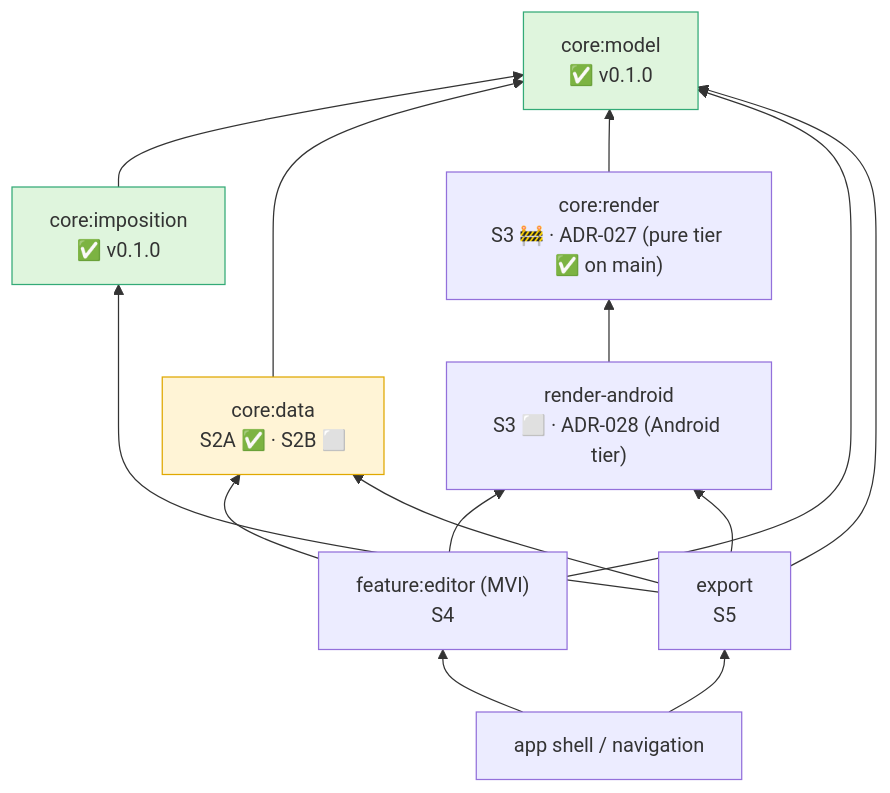
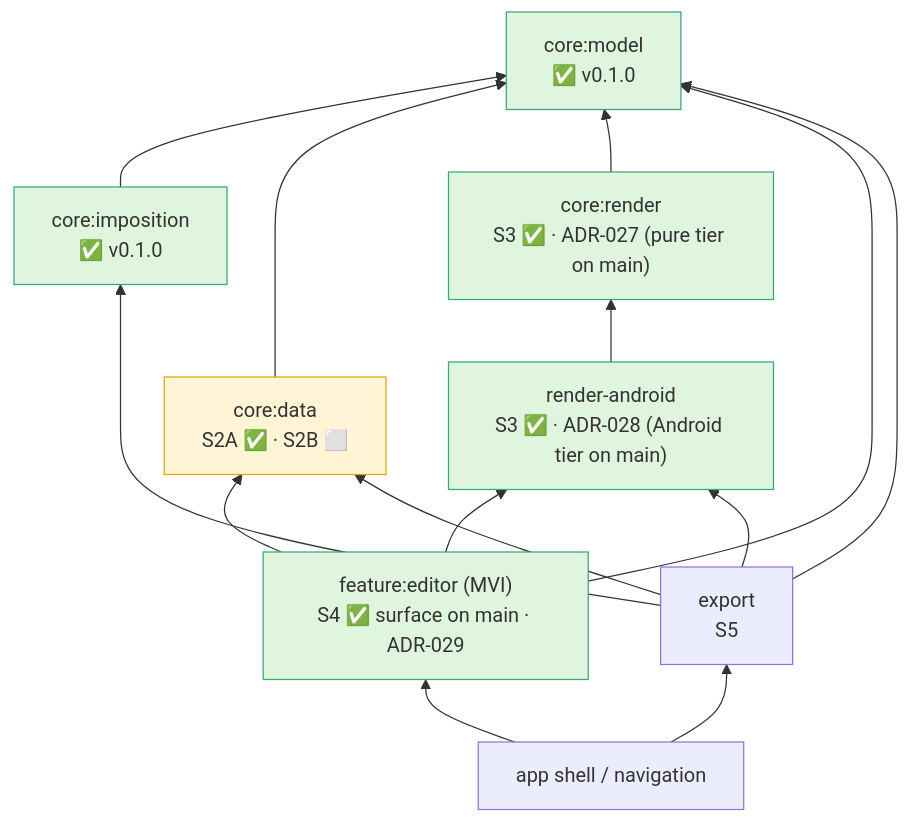
Before and after one commit to aritr-codes/zinely-android: the ninth of 10 diagrams in docs/ARCHITECTURE.md, drawn with Mermaid. The commit also changed other lines of this file and 2 other files, not shown here.

Commit message:
docs(s4): record :feature:editor interaction surface landed on main (ADR-029)
Reconcile the canonical docs with the S4 :feature:editor stack merged via PR
#21 (and the S3-android + S4-step-1 landings that were unlogged):

- DECISIONS.md ADR-029: new Status (2026-06-26) — full interaction surface
  merged (store/gestures/chrome/resize/snap/a11y/text-edit + host EditorScreen +
  selection-chrome Roborazzi goldens, CI-gated); SetViewport + the 3 host
  concurrency fixes noted; remaining S4 = app/DI wiring.
- ROADMAP.md change log: add the 2026-06-25 S3-android build+merge, S4 Step 1
  preview host + pure :core:editor (ADR-029 Accepted), and the 2026-06-26
  :feature:editor surface merge rows.
- ARCHITECTURE.md §15.1 dep graph + §15.2 build order: render / render-android /
  feature:editor flipped to ✅ on main; S4 row carries the remaining app-wiring.

Docs-only; no code change. Authority unchanged (spike s4-editor-mvi.md owns the
detailed design; DECISIONS owns the decision; this only updates status + links).

````diff
--- a/docs/ARCHITECTURE.md
+++ b/docs/ARCHITECTURE.md
@@ -349,30 +349,30 @@
 ```mermaid
 flowchart BT
     model["core:model<br/>✅ v0.1.0"]
     imp["core:imposition<br/>✅ v0.1.0"]
     data["core:data<br/>S2A ✅ · S2B ⬜"]
-    render["core:render<br/>S3 🚧 · ADR-027 (pure tier ✅ on main)"]
-    ra["render-android<br/>S3 ⬜ · ADR-028 (Android tier)"]
-    editor["feature:editor (MVI)<br/>S4"]
+    render["core:render<br/>S3 ✅ · ADR-027 (pure tier on main)"]
+    ra["render-android<br/>S3 ✅ · ADR-028 (Android tier on main)"]
+    editor["feature:editor (MVI)<br/>S4 ✅ surface on main · ADR-029"]
     export["export<br/>S5"]
     app["app shell / navigation"]
 
     imp --> model
     data --> model
     render --> model
     ra --> render
     editor --> model
     editor --> data
     editor --> ra
     export --> model
     export --> imp
     export --> ra
     export --> data
     app --> editor
     app --> export
 
     classDef done fill:#dff5dd,stroke:#3a7;
     classDef next fill:#fff4d6,stroke:#e0a800;
-    class model,imp done;
+    class model,imp,render,ra,editor done;
     class data next;
 ```
````
